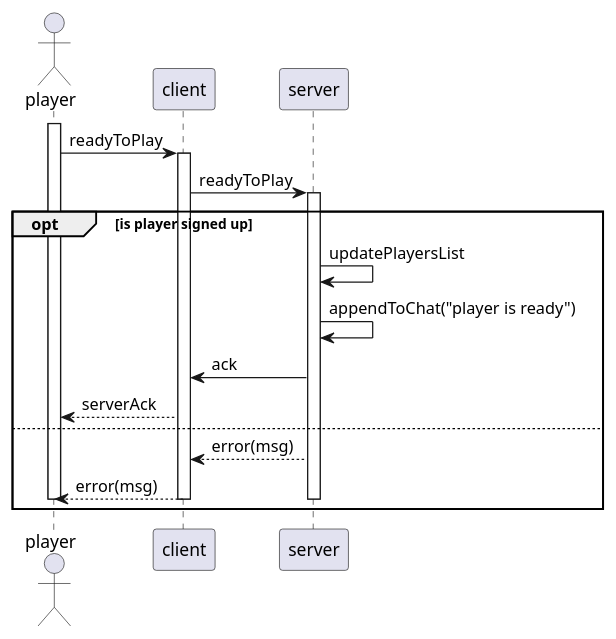
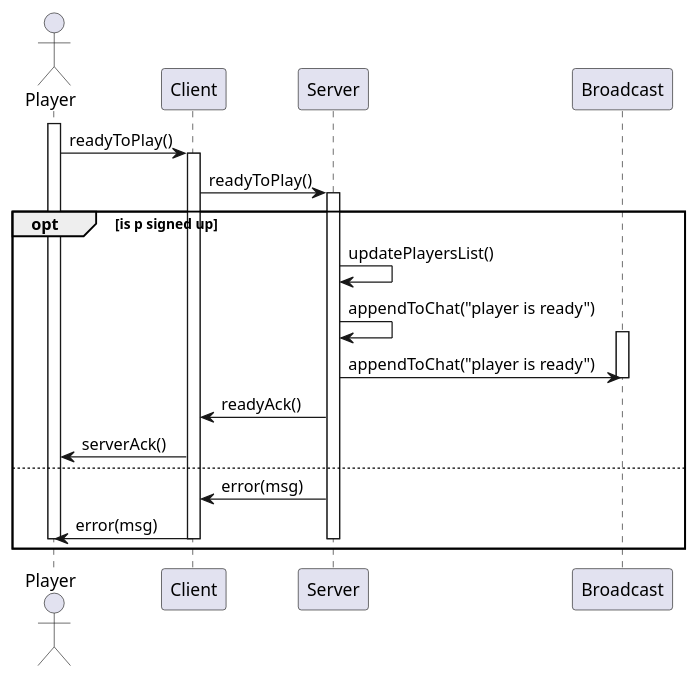
Before and after one commit to MatanDavidi/scribble-public: the diagram in analysis/scenarios/playerReady/playerReady.puml, drawn with PlantUML. The commit also changed 1 other file, not shown here.

Commit message:
Update swim-lane diagram for playerReady scenario

```diff
--- a/analysis/scenarios/playerReady/playerReady.puml
+++ b/analysis/scenarios/playerReady/playerReady.puml
@@ -1,25 +1,31 @@
-@startuml
+@startuml playerReady
 
-actor player
+actor Player as p
+participant Client as c
+participant Server as s
+participant Broadcast as b
 
-activate player
-player->client:readyToPlay
-activate client
+activate p
+p->c:readyToPlay()
+activate c
 
-client->server:readyToPlay
+c->s:readyToPlay()
 
-opt is player signed up
-  activate server
-  server->server:updatePlayersList
-  server->server:appendToChat("player is ready")
-  server->client:ack
-  client-->player:serverAck
+opt is p signed up
+  activate s
+  s->s:updatePlayersList()
+  s->s:appendToChat("player is ready")
+  activate b
+  s->b:appendToChat("player is ready")
+  deactivate b
+  s->c:readyAck()
+  c->p:serverAck()
 else
-  server-->client:error(msg)
-  client-->player:error(msg)
-  deactivate server
-  deactivate client
-  deactivate player
+  s->c:error(msg)
+  c->p:error(msg)
+  deactivate s
+  deactivate c
+  deactivate p
 end
 
 @enduml
```
